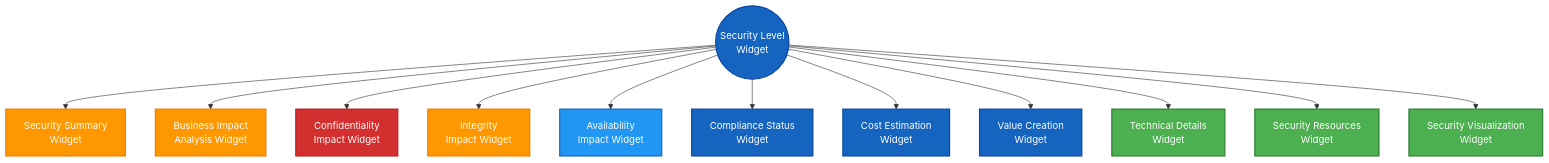
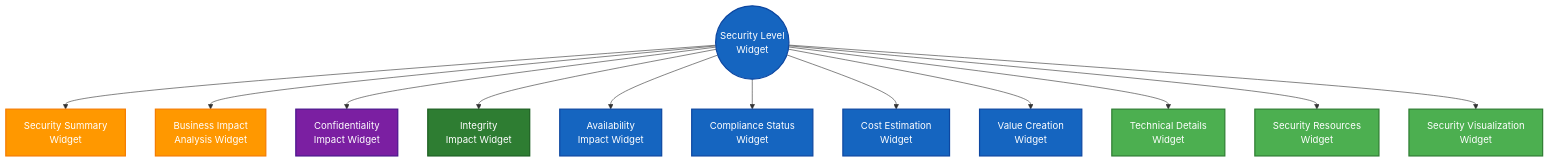
Before and after one commit to Hack23/cia-compliance-manager: the second of 6 diagrams in docs/architecture/WIDGET_ANALYSIS.md, drawn with Mermaid. The commit also changed 6 other files, not shown here.

````diff
--- a/docs/architecture/WIDGET_ANALYSIS.md
+++ b/docs/architecture/WIDGET_ANALYSIS.md
@@ -45,30 +45,30 @@
 ```mermaid
 flowchart TD
     SLW((Security Level<br>Widget)) --> SSW[Security Summary<br>Widget]
     SLW --> BIAW[Business Impact<br>Analysis Widget]
     SLW --> CIW[Confidentiality<br>Impact Widget]
     SLW --> IIW[Integrity<br>Impact Widget]
     SLW --> AIW[Availability<br>Impact Widget]
     SLW --> CSW[Compliance Status<br>Widget]
     SLW --> CEW[Cost Estimation<br>Widget]
     SLW --> VCW[Value Creation<br>Widget]
     SLW --> TDW[Technical Details<br>Widget]
     SLW --> SRW[Security Resources<br>Widget]
     SLW --> SVW[Security Visualization<br>Widget]
     
     classDef core fill:#1565C0,stroke:#0D47A1,stroke-width:2px,color:#ffffff
     classDef assessment fill:#FF9800,stroke:#F57C00,stroke-width:2px,color:#ffffff
     classDef business fill:#1565C0,stroke:#0D47A1,stroke-width:2px,color:#ffffff
-    classDef confidentiality fill:#D32F2F,stroke:#B71C1C,stroke-width:2px,color:#ffffff
-    classDef integrity fill:#FF9800,stroke:#F57C00,stroke-width:2px,color:#ffffff
-    classDef availability fill:#2196F3,stroke:#1565C0,stroke-width:2px,color:#ffffff
+    classDef confidentiality fill:#7B1FA2,stroke:#4A148C,stroke-width:2px,color:#ffffff
+    classDef integrity fill:#2E7D32,stroke:#1B5E20,stroke-width:2px,color:#ffffff
+    classDef availability fill:#1565C0,stroke:#0D47A1,stroke-width:2px,color:#ffffff
     classDef implementation fill:#4CAF50,stroke:#2E7D32,stroke-width:2px,color:#ffffff
     
     class SLW core
     class SSW,BIAW assessment
     class CSW,CEW,VCW business
     class CIW confidentiality
     class IIW integrity
     class AIW availability
     class TDW,SRW,SVW implementation
 ```
````
